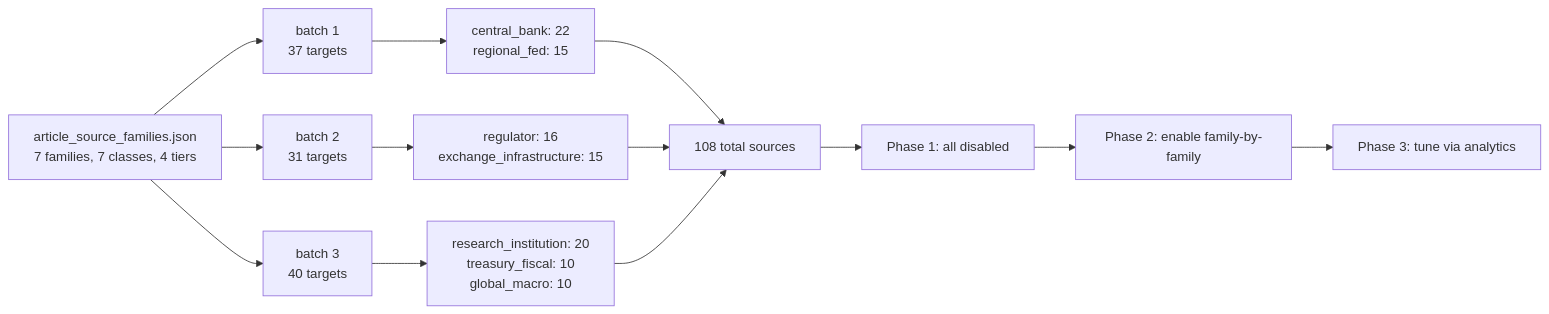
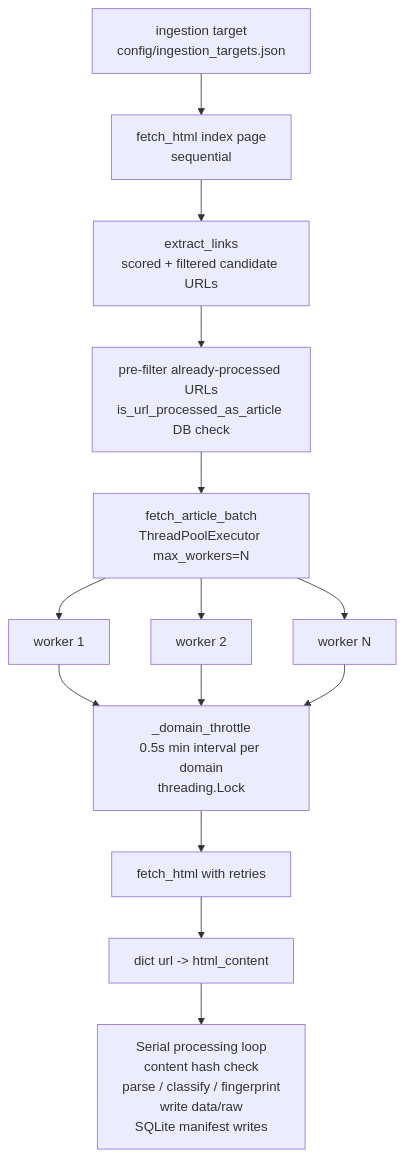
Before and after one commit to RishiJain905/Finance-Research-Archive: diagram 15 of 16 in README.md, drawn with Mermaid. The commit also changed other lines of this file, not shown here.

First line of the commit message:
docs: update README for all 10 V3 phases complete with new mermaid diagrams

````diff
--- a/README.md
+++ b/README.md
@@ -695,16 +664,18 @@
 ```mermaid
-flowchart LR
-    A[article_source_families.json<br/>7 families, 7 classes, 4 tiers] --> B[batch 1<br/>37 targets]
-    A --> C[batch 2<br/>31 targets]
-    A --> D[batch 3<br/>40 targets]
-    
-    B --> E[central_bank: 22<br/>regional_fed: 15]
-    C --> F[regulator: 16<br/>exchange_infrastructure: 15]
-    D --> G[research_institution: 20<br/>treasury_fiscal: 10<br/>global_macro: 10]
-    
-    E & F & G --> H[108 total sources]
-    
-    H --> I[Phase 1: all disabled]
-    I --> J[Phase 2: enable family-by-family]
-    J --> K[Phase 3: tune via analytics]
+flowchart TD
+    TARGET[ingestion target<br/>config/ingestion_targets.json] --> IXFETCH[fetch_html index page<br/>sequential]
+    IXFETCH --> LINKS[extract_links<br/>scored + filtered candidate URLs]
+
+    LINKS --> PREFILTER[pre-filter already-processed URLs<br/>is_url_processed_as_article DB check]
+    PREFILTER --> BATCH[fetch_article_batch<br/>ThreadPoolExecutor max_workers=N]
+
+    BATCH --> W1[worker 1]
+    BATCH --> W2[worker 2]
+    BATCH --> WN[worker N]
+
+    W1 & W2 & WN --> THROTTLE[_domain_throttle<br/>0.5s min interval per domain<br/>threading.Lock]
+    THROTTLE --> HTTP[fetch_html with retries]
+    HTTP --> RESULTS[dict url -> html_content]
+
+    RESULTS --> SERIAL[Serial processing loop<br/>content hash check<br/>parse / classify / fingerprint<br/>write data/raw<br/>SQLite manifest writes]
 ```
````
